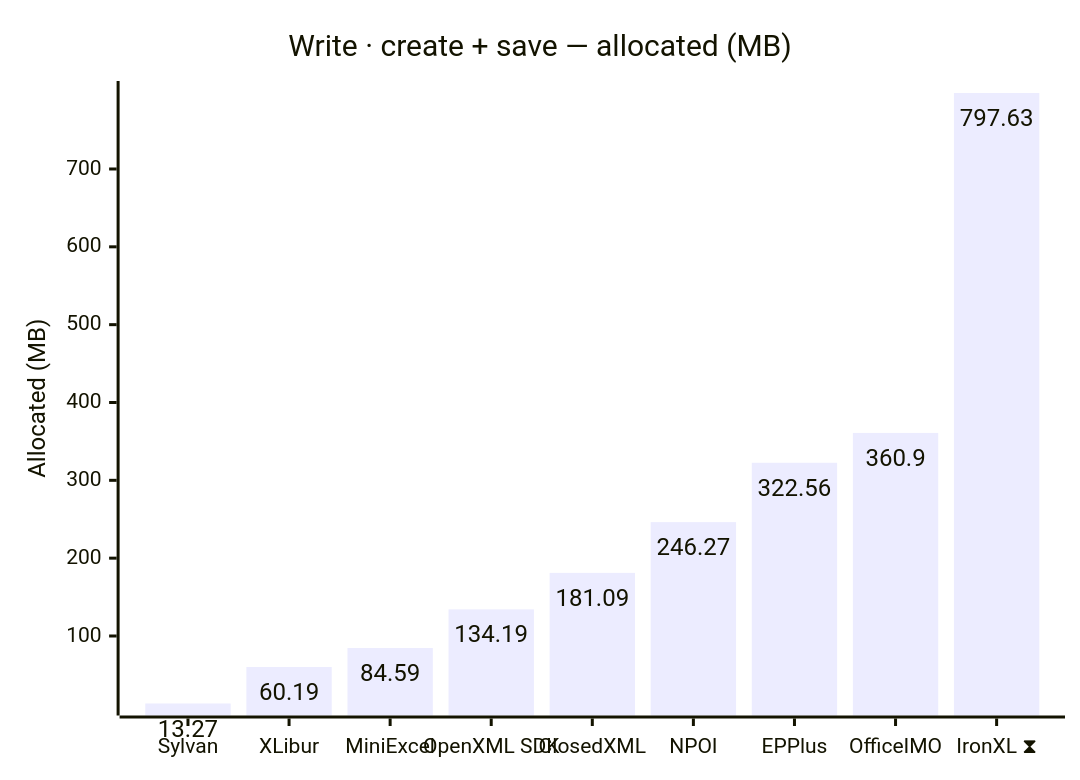
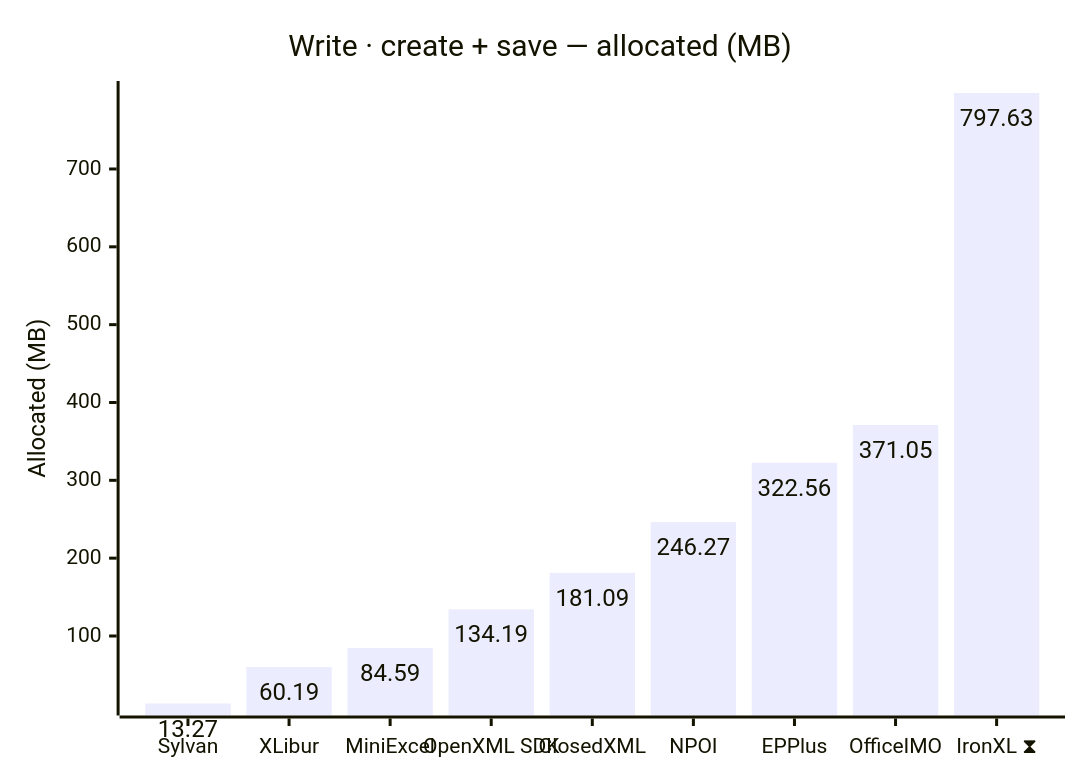
The sixth of 12 diagrams in docs/results-ci.md (jafin/XLBench), drawn with Mermaid before and after one commit. The commit also changed other lines of this file, not shown here.

````diff
--- a/docs/results-ci.md
+++ b/docs/results-ci.md
@@ -108,12 +108,12 @@
 ```mermaid
 ---
 config:
   xyChart:
     showDataLabel: true
 ---
 xychart-beta
     title "Write · create + save — allocated (MB)"
     x-axis ["Sylvan", "XLibur", "MiniExcel", "OpenXML SDK", "ClosedXML", "NPOI", "EPPlus", "OfficeIMO", "IronXL ⧗"]
     y-axis "Allocated (MB)"
-    bar [13.27, 60.19, 84.59, 134.19, 181.09, 246.27, 322.56, 360.9, 797.63]
+    bar [13.27, 60.19, 84.59, 134.19, 181.09, 246.27, 322.56, 371.05, 797.63]
 ```
````
